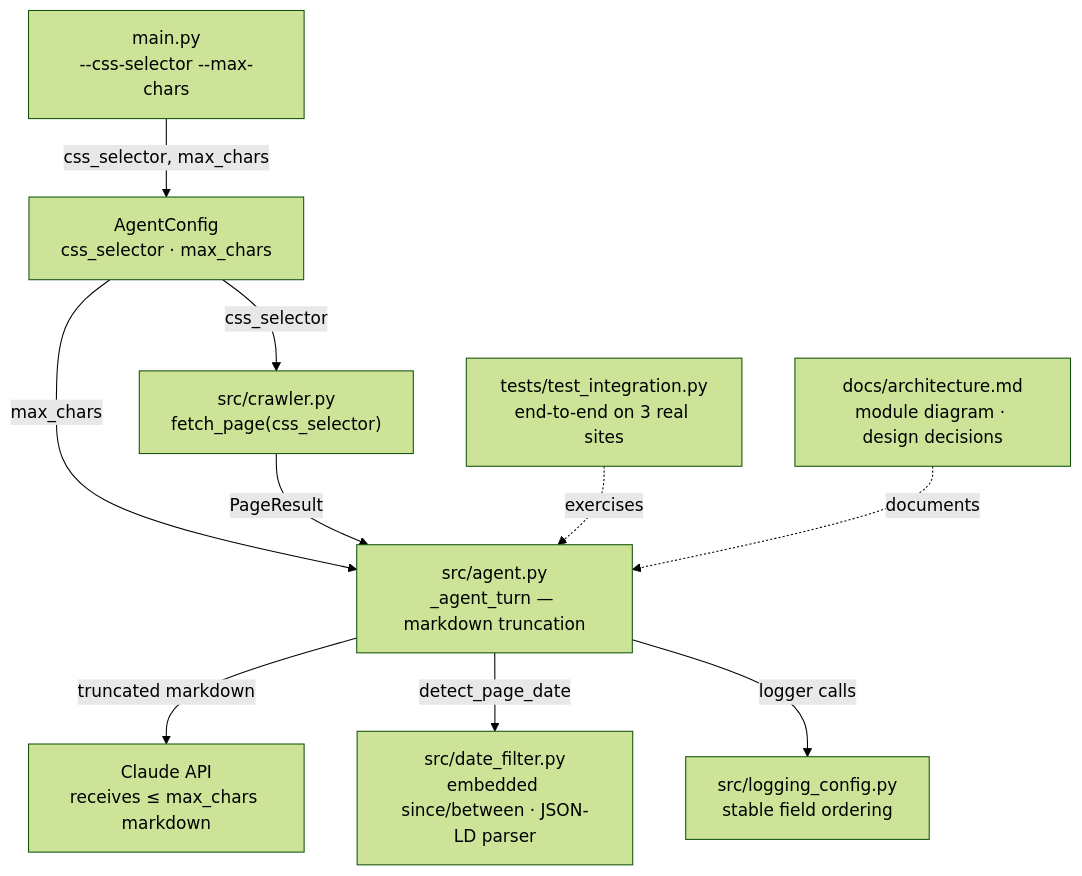
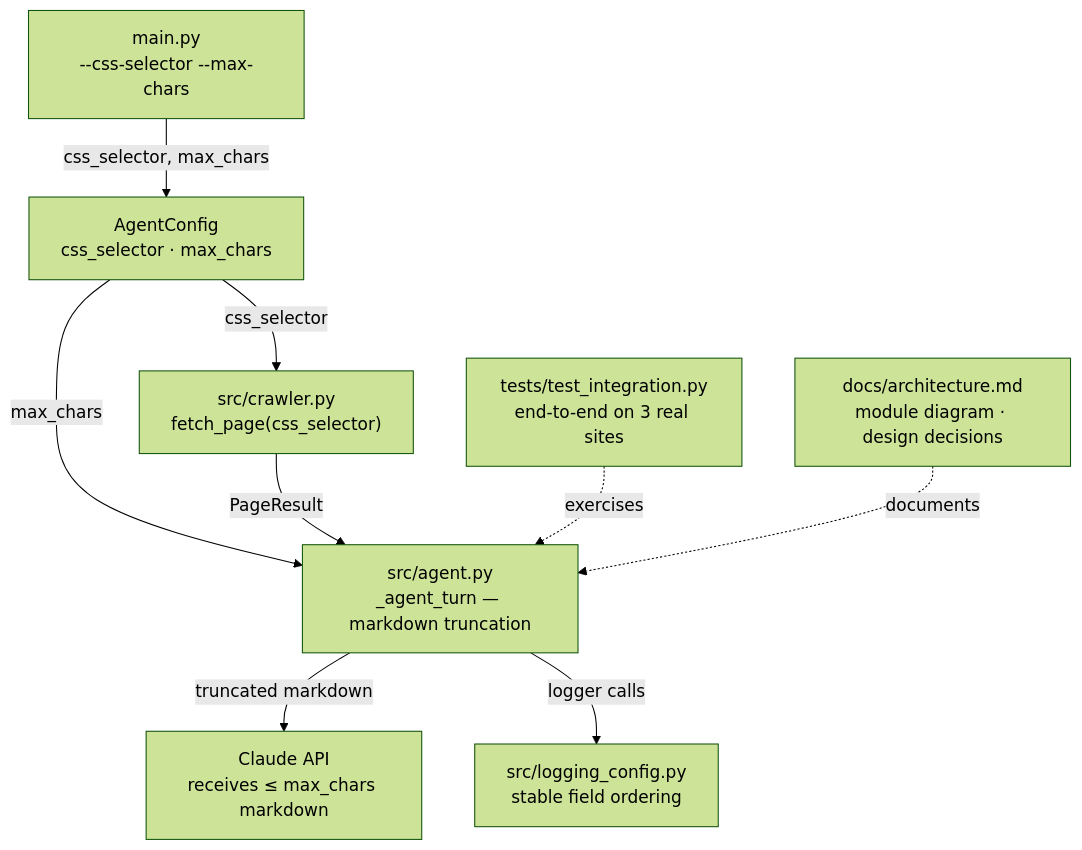
One commit to tuanhdangdinh/agentic-news-crawler changed the diagram in docs/reports/week6_implementation_report.md. Above: the diagram before and after it, drawn with Mermaid (forest theme). The commit also changed other lines of this file and 4 other files, not shown here.

````diff
--- a/docs/reports/week6_implementation_report.md
+++ b/docs/reports/week6_implementation_report.md
@@ -35,22 +43,20 @@
 ```mermaid
 flowchart TD
     CLI["main.py\n--css-selector --max-chars"]
     CONFIG["AgentConfig\ncss_selector · max_chars"]
     AGENT["src/agent.py\n_agent_turn — markdown truncation"]
     CRAWLER["src/crawler.py\nfetch_page(css_selector)"]
     CLAUDE["Claude API\nreceives ≤ max_chars markdown"]
-    FILTER["src/date_filter.py\nembedded since/between · JSON-LD parser"]
     LOG["src/logging_config.py\nstable field ordering"]
     INTEG["tests/test_integration.py\nend-to-end on 3 real sites"]
     ARCH["docs/architecture.md\nmodule diagram · design decisions"]
 
     CLI -->|"css_selector, max_chars"| CONFIG
     CONFIG -->|"css_selector"| CRAWLER
     CONFIG -->|"max_chars"| AGENT
     CRAWLER -->|"PageResult"| AGENT
     AGENT -->|"truncated markdown"| CLAUDE
-    AGENT -->|"detect_page_date"| FILTER
     AGENT -->|"logger calls"| LOG
     INTEG -.->|"exercises"| AGENT
     ARCH -.->|"documents"| AGENT
 ```
````
